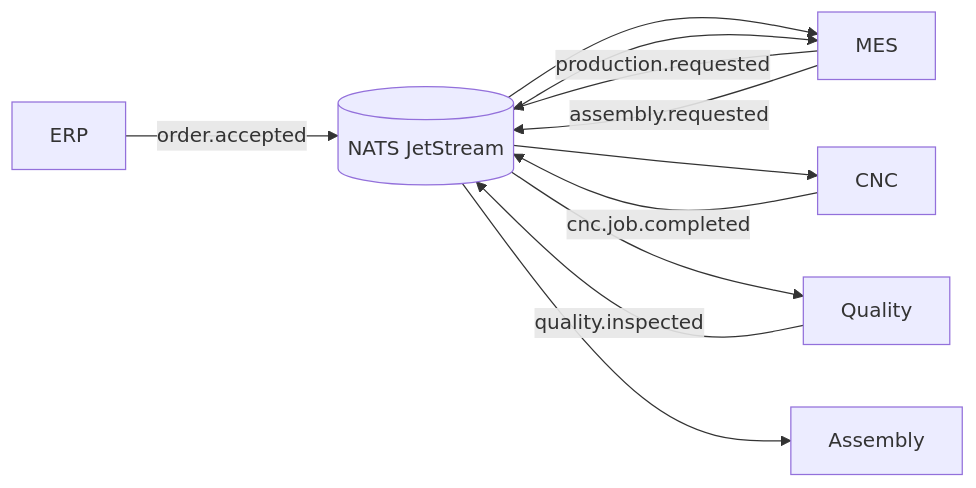
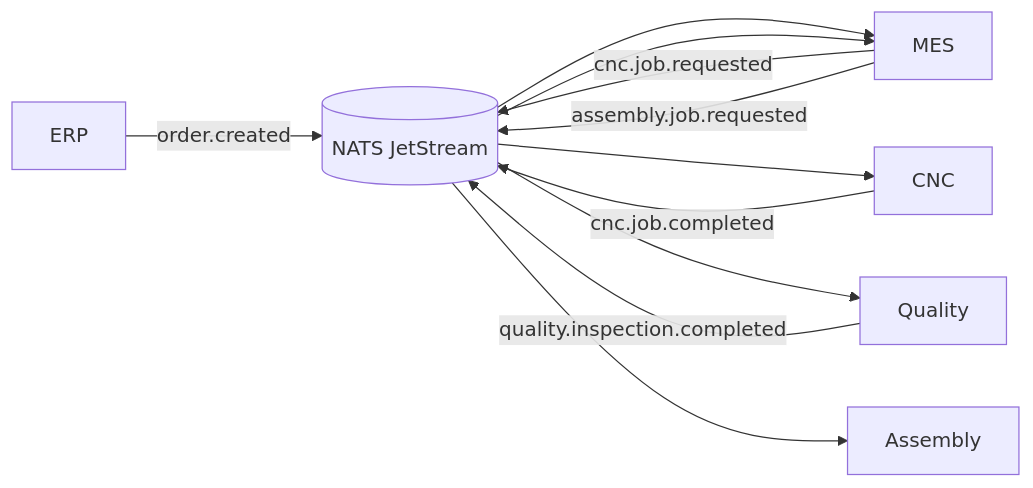
Before and after one commit to coderps/JobyTHC: the second of 4 diagrams in docs/ADRs/ADR-000-csv-to-event-driven-migration.md, drawn with Mermaid. The commit also changed other lines of this file and 35 other files, not shown here.

````diff
--- a/docs/ADRs/ADR-000-csv-to-event-driven-migration.md
+++ b/docs/ADRs/ADR-000-csv-to-event-driven-migration.md
@@ -75,18 +75,18 @@
 ```mermaid
 flowchart LR
 
-ERP -->|order.accepted| EventBus[(NATS JetStream)]
+ERP -->|order.created| EventBus[(NATS JetStream)]
 EventBus --> MES
 
-MES -->|production.requested| EventBus
+MES -->|cnc.job.requested| EventBus
 EventBus --> CNC
 
 CNC -->|cnc.job.completed| EventBus
 EventBus --> Quality
 
-Quality -->|quality.inspected| EventBus
+Quality -->|quality.inspection.completed| EventBus
 EventBus --> MES
 
-MES -->|assembly.requested| EventBus
+MES -->|assembly.job.requested| EventBus
 EventBus --> Assembly
 ```
````
